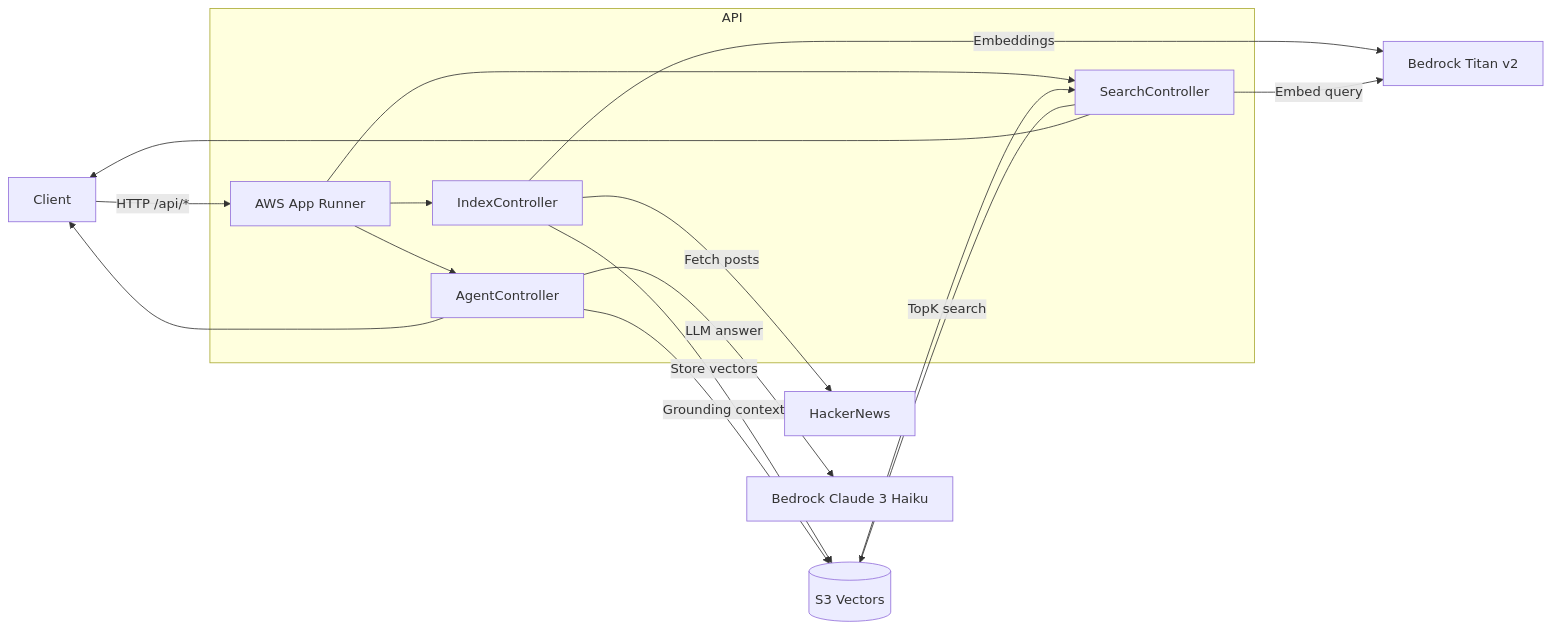
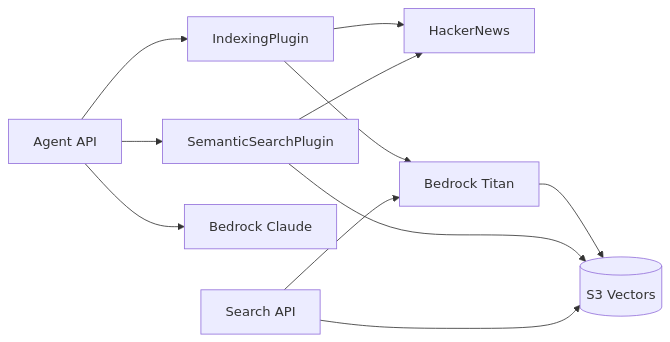
One commit to msepahvand/dotnet-rag-agent changed the diagram in README.md. Above: the diagram before and after it, drawn with Mermaid. The commit also changed other lines of this file and 1 other file, not shown here.

Commit message:
docs: update README and progress

````diff
--- a/README.md
+++ b/README.md
@@ -66,24 +66,14 @@
 ```mermaid
 flowchart LR
-  U[Client] -->|HTTP /api/*| AR[AWS App Runner]
+  A[Agent API] --> IP[IndexingPlugin]
+  A --> SP[SemanticSearchPlugin]
+  A --> BRC[Bedrock Claude]
+  IP --> HN[HackerNews]
+  IP --> BRT[Bedrock Titan]
+  BRT --> S3[(S3 Vectors)]
+  SP --> S3
+  SP --> HN
 
-  subgraph API
-    AR --> IDX[IndexController]
-    AR --> SRCH[SearchController]
-    AR --> AGT[AgentController]
-  end
-
-  IDX -->|Fetch posts| DS[HackerNews]
-  IDX -->|Embeddings| BR[Bedrock Titan v2]
-  IDX -->|Store vectors| S3V[(S3 Vectors)]
-
-  SRCH -->|Embed query| BR
-  SRCH -->|TopK search| S3V
-
-  AGT -->|Grounding context| S3V
-  AGT -->|LLM answer| BRC[Bedrock Claude 3 Haiku]
-
-  S3V --> SRCH
-  SRCH --> U
-  AGT --> U
+  SC[Search API] --> BRT
+  SC --> S3
 ```
````
